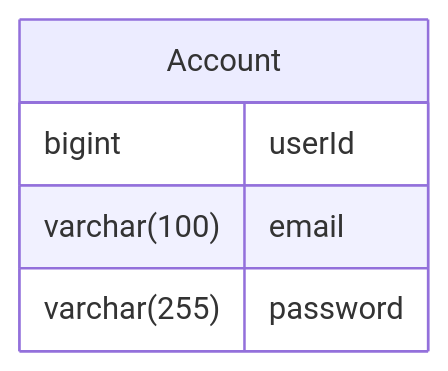
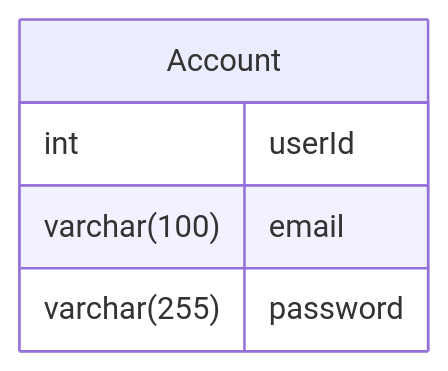
One commit to KongJJoki/OmokProj changed the first of 8 diagrams in README.md. Above: the diagram before and after it, drawn with Mermaid. The commit also changed other lines of this file, not shown here.

````diff
--- a/README.md
+++ b/README.md
@@ -8,8 +8,8 @@
 ```mermaid
 erDiagram
     Account {
-        bigint userId
+        int userId
         varchar(100) email
         varchar(255) password
     }
 ```
````
